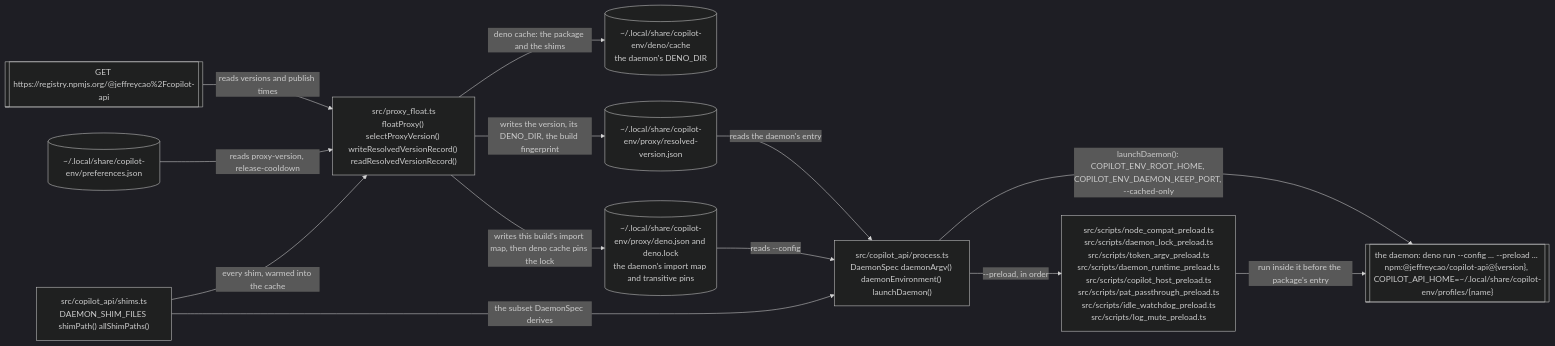
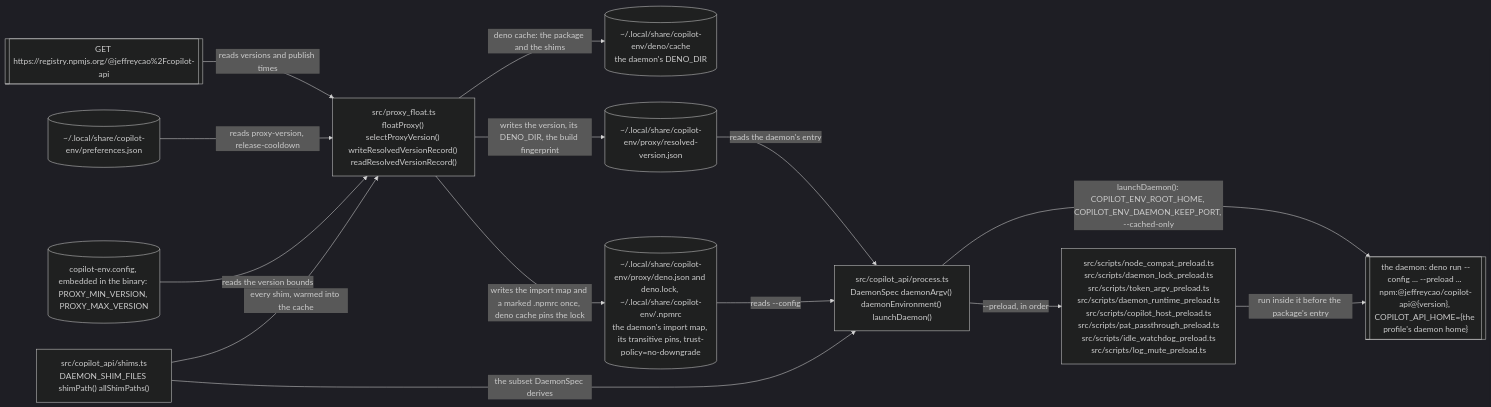
The fourth of 8 diagrams in docs/architecture.md (Vivswan/copilot-env), drawn with Mermaid (dark theme) before and after one commit. The commit also changed other lines of this file, not shown here.

````diff
--- a/docs/architecture.md
+++ b/docs/architecture.md
@@ -120,25 +124,27 @@
 ```mermaid
 flowchart LR
   registry[["GET https://registry.npmjs.org/@jeffreycao%2Fcopilot-api"]]
   prefs[("~/.local/share/copilot-env/preferences.json")]
   float["src/proxy_float.ts<br>floatProxy() selectProxyVersion() writeResolvedVersionRecord() readResolvedVersionRecord()"]
   shims["src/copilot_api/shims.ts<br>DAEMON_SHIM_FILES shimPath() allShimPaths()"]
   spawn["src/copilot_api/process.ts<br>DaemonSpec daemonArgv() daemonEnvironment() launchDaemon()"]
   preloads["src/scripts/node_compat_preload.ts<br>src/scripts/daemon_lock_preload.ts<br>src/scripts/token_argv_preload.ts<br>src/scripts/daemon_runtime_preload.ts<br>src/scripts/copilot_host_preload.ts<br>src/scripts/pat_passthrough_preload.ts<br>src/scripts/idle_watchdog_preload.ts<br>src/scripts/log_mute_preload.ts"]
   cache[("~/.local/share/copilot-env/deno/cache<br>the daemon's DENO_DIR")]
   record[("~/.local/share/copilot-env/proxy/resolved-version.json")]
-  dcfg[("~/.local/share/copilot-env/proxy/deno.json and deno.lock<br>the daemon's import map and transitive pins")]
-  daemonproc[["the daemon: deno run --config ... --preload ... npm:@jeffreycao/copilot-api@{version}, COPILOT_API_HOME=~/.local/share/copilot-env/profiles/{name}"]]
+  pcfg[("copilot-env.config, embedded in the binary: PROXY_MIN_VERSION, PROXY_MAX_VERSION")]
+  dcfg[("~/.local/share/copilot-env/proxy/deno.json and deno.lock, ~/.local/share/copilot-env/.npmrc<br>the daemon's import map, its transitive pins, trust-policy=no-downgrade")]
+  daemonproc[["the daemon: deno run --config ... --preload ... npm:@jeffreycao/copilot-api@{version}, COPILOT_API_HOME={the profile's daemon home}"]]
   registry -->|"reads versions and publish times"| float
   prefs -->|"reads proxy-version, release-cooldown"| float
+  pcfg -->|"reads the version bounds"| float
   shims -->|"every shim, warmed into the cache"| float
-  float -->|"writes this build's import map, then deno cache pins the lock"| dcfg
+  float -->|"writes the import map and a marked .npmrc once, deno cache pins the lock"| dcfg
   float -->|"deno cache: the package and the shims"| cache
   float -->|"writes the version, its DENO_DIR, the build fingerprint"| record
   record -->|"reads the daemon's entry"| spawn
   dcfg -->|"reads --config"| spawn
   shims -->|"the subset DaemonSpec derives"| spawn
   spawn -->|"--preload, in order"| preloads
   spawn -->|"launchDaemon(): COPILOT_ENV_ROOT_HOME, COPILOT_ENV_DAEMON_KEEP_PORT, --cached-only"| daemonproc
   preloads -->|"run inside it before the package's entry"| daemonproc
 ```
````
